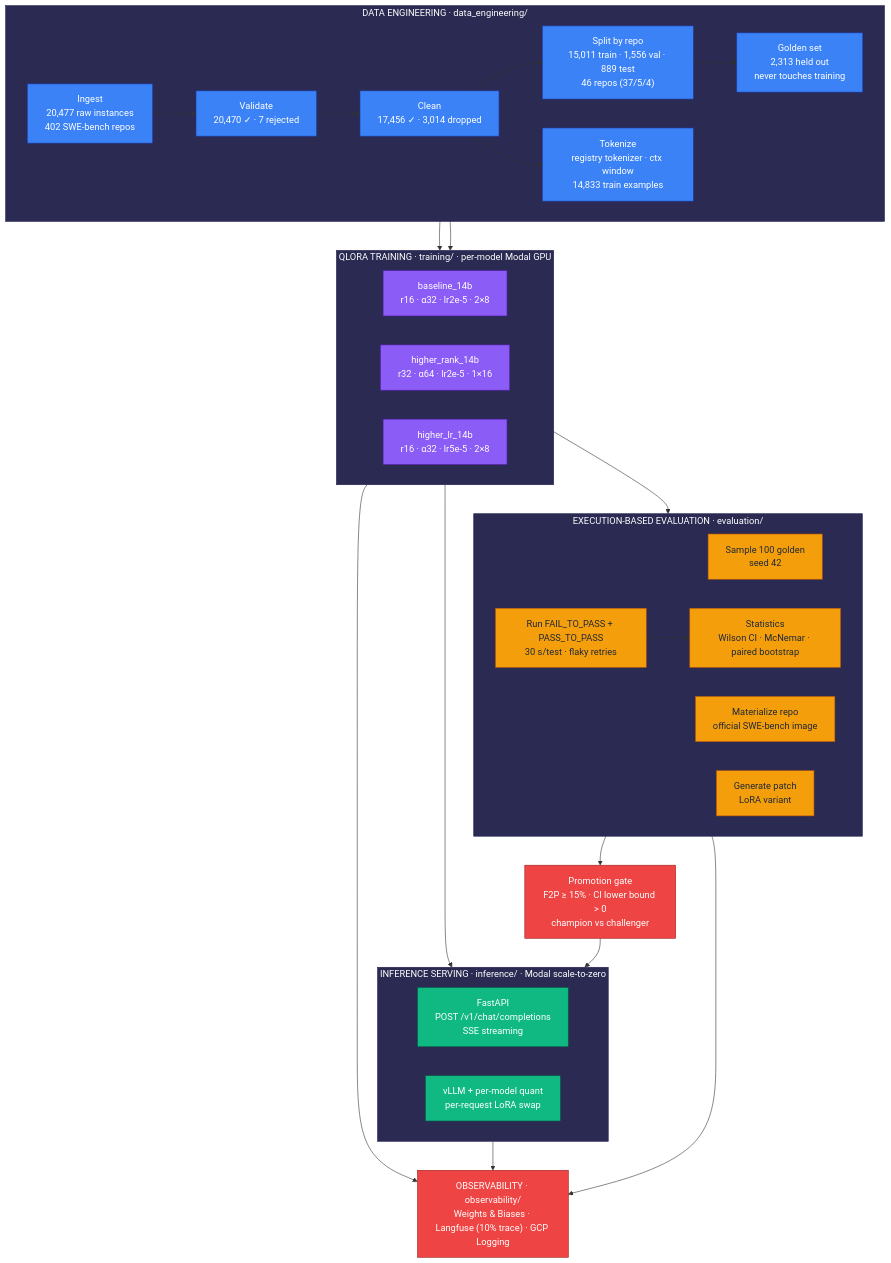
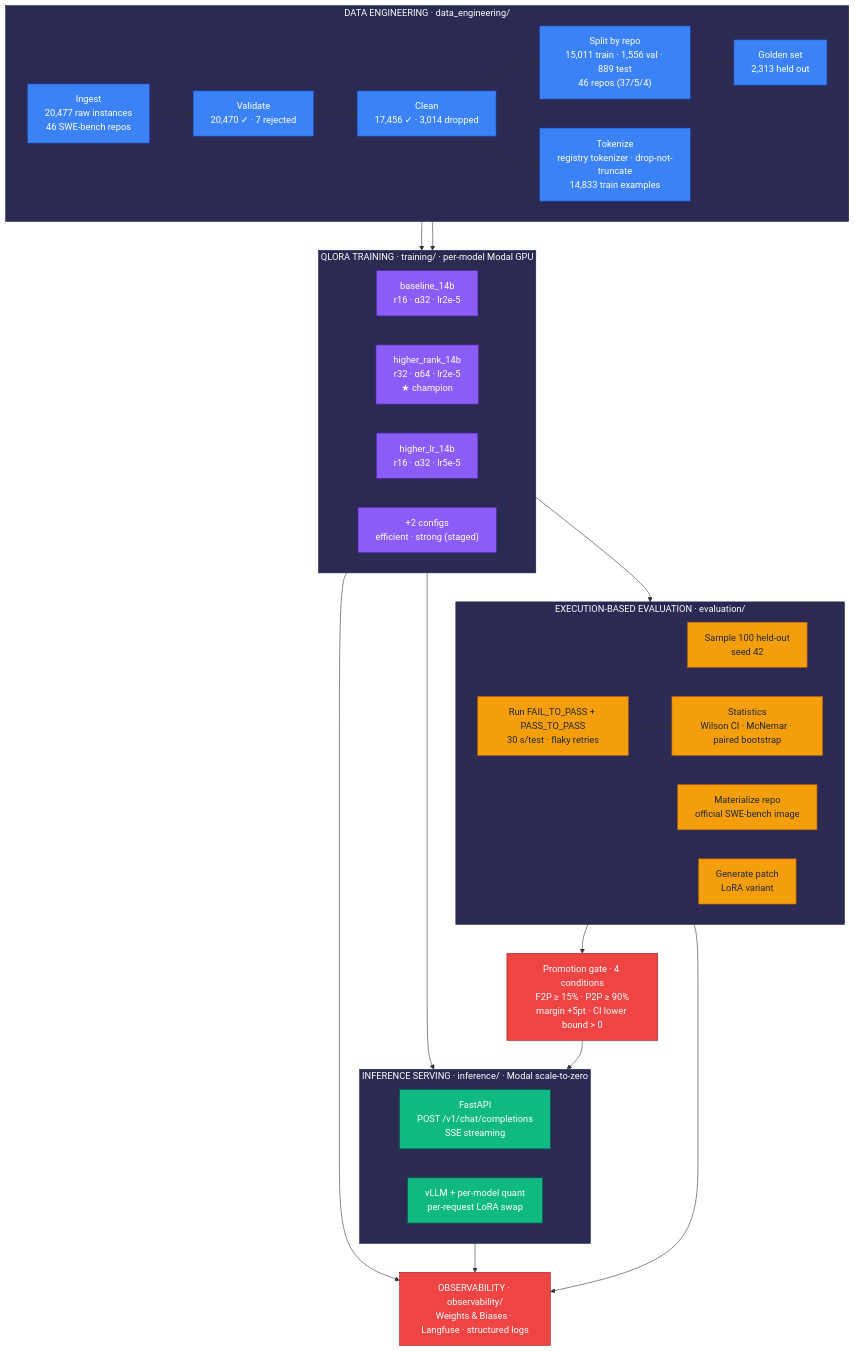
One commit to AhmedIkram05/SWE-Qwen changed the diagram in README.md. Above: the diagram before and after it, drawn with Mermaid. The commit also changed other lines of this file, not shown here.

````diff
--- a/README.md
+++ b/README.md
@@ -44,57 +45,58 @@
 ```mermaid
 flowchart TB
     subgraph DATA["DATA ENGINEERING · data_engineering/"]
         direction LR
-        ING["Ingest<br/>20,477 raw instances<br/>402 SWE-bench repos"]
+        ING["Ingest<br/>20,477 raw instances<br/>46 SWE-bench repos"]
         VAL["Validate<br/>20,470 ✓ · 7 rejected"]
         CLEAN["Clean<br/>17,456 ✓ · 3,014 dropped"]
         SPLIT["Split by repo<br/>15,011 train · 1,556 val · 889 test<br/>46 repos (37/5/4)"]
-        GOLD["Golden set<br/>2,313 held out<br/>never touches training"]
-        TOK["Tokenize<br/>registry tokenizer · ctx window<br/>14,833 train examples"]
+        GOLD["Golden set<br/>2,313 held out"]
+        TOK["Tokenize<br/>registry tokenizer · drop-not-truncate<br/>14,833 train examples"]
         ING --> VAL --> CLEAN --> SPLIT --> GOLD
         CLEAN --> TOK
     end
     subgraph TRAIN["QLORA TRAINING · training/ · per-model Modal GPU"]
         direction LR
-        BASE["baseline_14b<br/>r16 · α32 · lr2e-5 · 2×8"]
-        RANK["higher_rank_14b<br/>r32 · α64 · lr2e-5 · 1×16"]
-        LR["higher_lr_14b<br/>r16 · α32 · lr5e-5 · 2×8"]
+        BASE["baseline_14b<br/>r16 · α32 · lr2e-5"]
+        RANK["higher_rank_14b<br/>r32 · α64 · lr2e-5<br/>★ champion"]
+        LR["higher_lr_14b<br/>r16 · α32 · lr5e-5"]
+        MORE["+2 configs<br/>efficient · strong (staged)"]
     end
     subgraph EVAL["EXECUTION-BASED EVALUATION · evaluation/"]
         direction LR
-        SAMPLE["Sample 100 golden<br/>seed 42"]
+        SAMPLE["Sample 100 held-out<br/>seed 42"]
         DOCKER["Materialize repo<br/>official SWE-bench image"]
         PATCH["Generate patch<br/>LoRA variant"]
         TEST["Run FAIL_TO_PASS + PASS_TO_PASS<br/>30 s/test · flaky retries"]
         STATS["Statistics<br/>Wilson CI · McNemar · paired bootstrap"]
         TEST --> STATS
     end
     subgraph SERVE["INFERENCE SERVING · inference/ · Modal scale-to-zero"]
         direction LR
         API["FastAPI<br/>POST /v1/chat/completions<br/>SSE streaming"]
         VLLM["vLLM + per-model quant<br/>per-request LoRA swap"]
     end
-    OBS["OBSERVABILITY · observability/<br/>Weights & Biases · Langfuse (10% trace) · GCP Logging"]
+    OBS["OBSERVABILITY · observability/<br/>Weights & Biases · Langfuse · structured logs"]
     DATA --> TRAIN
     TOK --> TRAIN
     TRAIN --> SAMPLE
     TRAIN --> API
-    EVAL --> PROMO1["Promotion gate<br/>F2P ≥ 15% · CI lower bound > 0<br/>champion vs challenger"]
+    EVAL --> PROMO1["Promotion gate · 4 conditions<br/>F2P ≥ 15% · P2P ≥ 90%<br/>margin +5pt · CI lower bound > 0"]
     PROMO1 --> API
     API --> OBS
     EVAL --> OBS
     TRAIN --> OBS
 
     classDef src fill:#2a2a52,color:#fff,stroke:#1e1e4f
     classDef proc fill:#3b82f6,color:#fff,stroke:#1e40af
     classDef ml fill:#8b5cf6,color:#fff,stroke:#5b21b6
     classDef evl fill:#f59e0b,color:#1f2937,stroke:#b45309
     classDef srv fill:#10b981,color:#fff,stroke:#065f46
     classDef obs fill:#ef4444,color:#fff,stroke:#991b1b
     class ING,VAL,CLEAN,SPLIT,GOLD,TOK proc
-    class BASE,RANK,LR ml
+    class BASE,RANK,LR,MORE ml
     class SAMPLE,DOCKER,PATCH,TEST,STATS evl
     class API,VLLM srv
     class OBS,PROMO1 obs
     class DATA,TRAIN,EVAL,SERVE src
 ```
````
